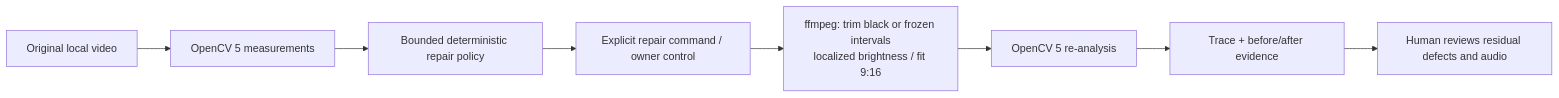
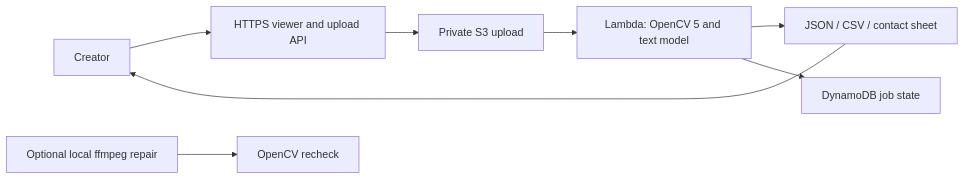
One commit to kks0488/shorts-qc changed the diagram in README.md. Above: the diagram before and after it, drawn with Mermaid. The commit also changed other lines of this file and 11 other files, not shown here.

````diff
--- a/README.md
+++ b/README.md
@@ -60,10 +13,10 @@
 ```mermaid
 flowchart LR
-    V[Original local video] --> P[OpenCV 5 measurements]
-    P --> D[Bounded deterministic repair policy]
-    D --> H[Explicit repair command / owner control]
-    H --> A[ffmpeg: trim black or frozen intervals\nlocalized brightness / fit 9:16]
-    A --> R[OpenCV 5 re-analysis]
-    R --> T[Trace + before/after evidence]
-    T --> Review[Human reviews residual defects and audio]
+  Creator --> API[HTTPS viewer and upload API]
+  API --> S3[Private S3 upload]
+  S3 --> CV[Lambda: OpenCV 5 and text model]
+  CV --> Reports[JSON / CSV / contact sheet]
+  CV --> State[DynamoDB job state]
+  Reports --> Creator
+  Local[Optional local ffmpeg repair] --> Recheck[OpenCV recheck]
 ```
````
